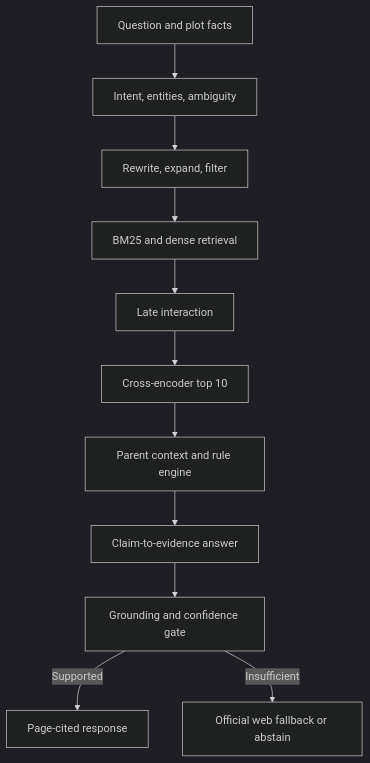
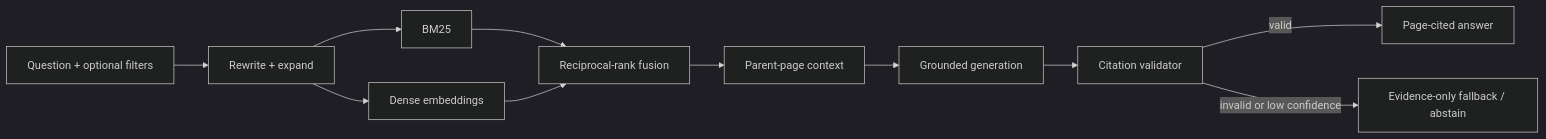
Before and after one commit to Missing-Identity/nirmaan-lens: the diagram in README.md, drawn with Mermaid (dark theme). The commit also changed other lines of this file and 29 other files, not shown here.

````diff
--- a/README.md
+++ b/README.md
@@ -41,13 +96,13 @@
 ```mermaid
-flowchart TD
-    A["Question and plot facts"] --> B["Intent, entities, ambiguity"]
-    B --> C["Rewrite, expand, filter"]
-    C --> D["BM25 and dense retrieval"]
-    D --> E["Late interaction"]
-    E --> F["Cross-encoder top 10"]
-    F --> G["Parent context and rule engine"]
-    G --> H["Claim-to-evidence answer"]
-    H --> I["Grounding and confidence gate"]
-    I -->|Supported| J["Page-cited response"]
-    I -->|Insufficient| K["Official web fallback or abstain"]
+flowchart LR
+    A["Question + optional filters"] --> B["Rewrite + expand"]
+    B --> C["BM25"]
+    B --> D["Dense embeddings"]
+    C --> E["Reciprocal-rank fusion"]
+    D --> E
+    E --> F["Parent-page context"]
+    F --> G["Grounded generation"]
+    G --> H["Citation validator"]
+    H -->|valid| I["Page-cited answer"]
+    H -->|invalid or low confidence| J["Evidence-only fallback / abstain"]
 ```
````
